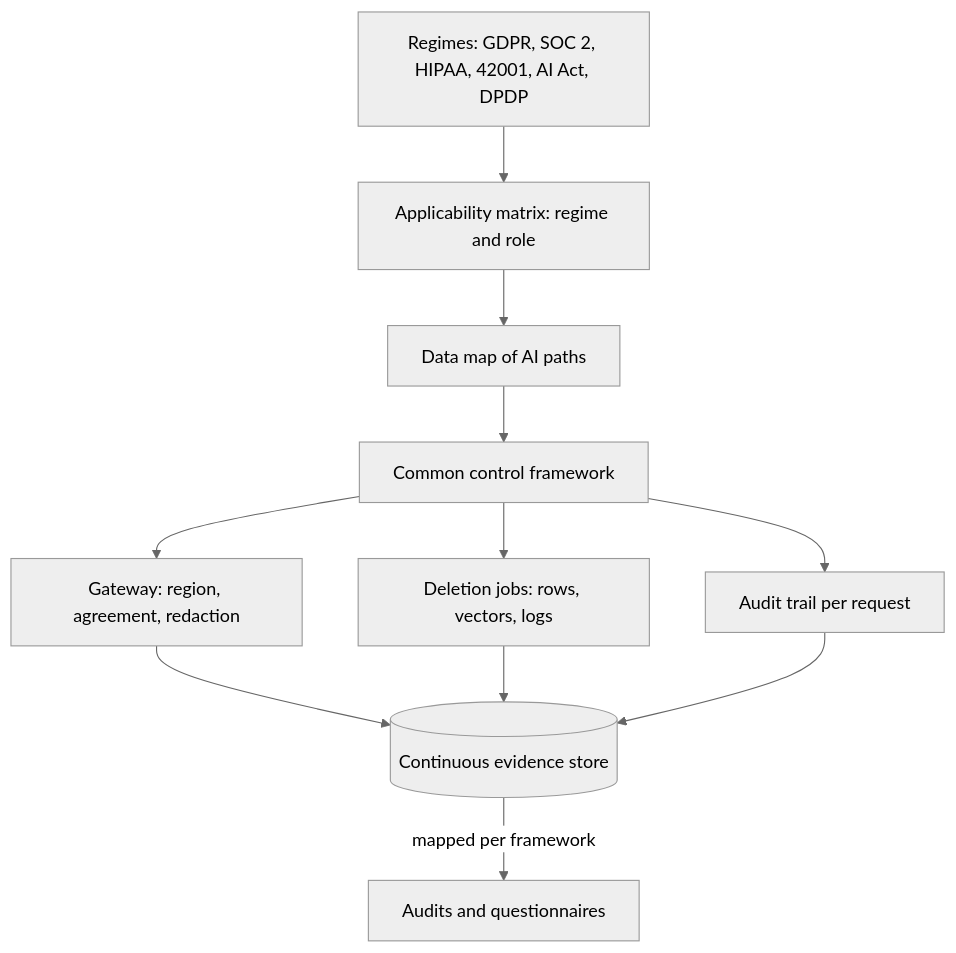
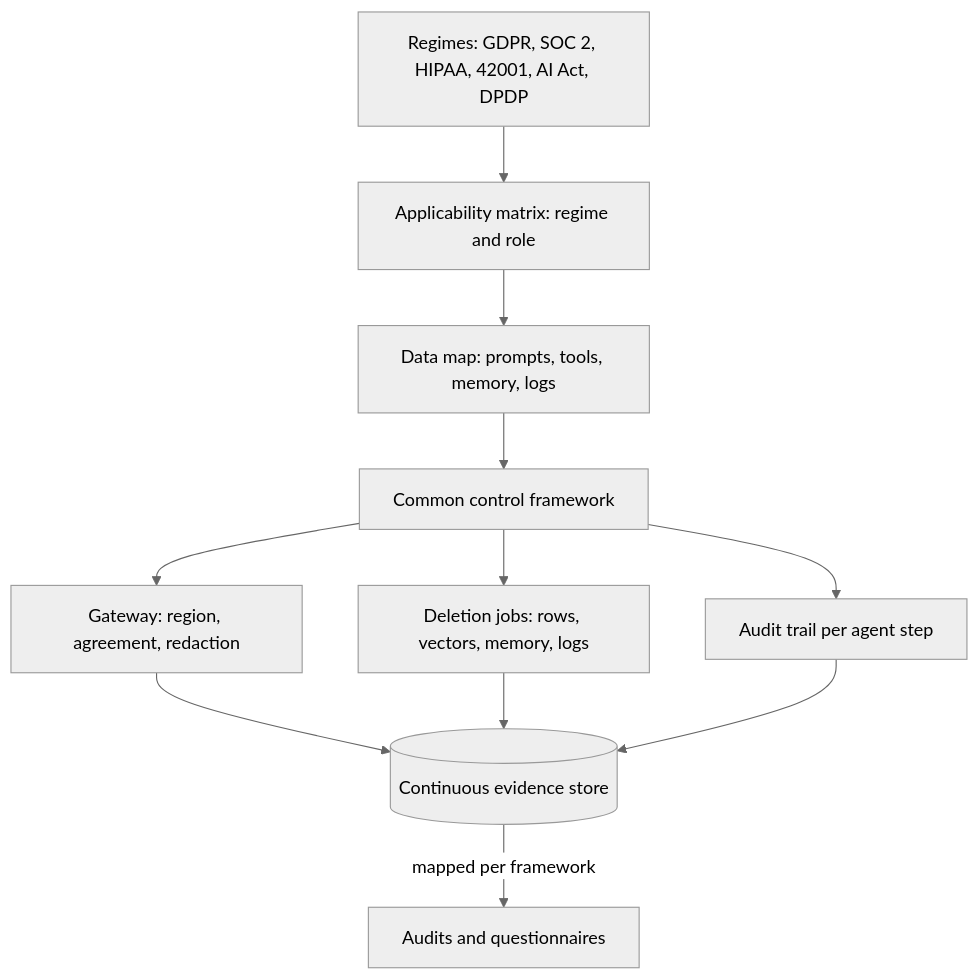
Before and after one commit to lovishmahajan97/agentic-learning: the diagram in content/security-governance-compliance/compliance-architecture.md, drawn with Mermaid (neutral theme). The commit also changed other lines of this file and 454 other files, not shown here.

````diff
--- a/content/security-governance-compliance/compliance-architecture.md
+++ b/content/security-governance-compliance/compliance-architecture.md
@@ -159,13 +177,13 @@
 ```mermaid
 flowchart TD
     R["Regimes: GDPR, SOC 2, HIPAA, 42001, AI Act, DPDP"] --> A["Applicability matrix: regime and role"]
-    A --> D["Data map of AI paths"]
+    A --> D["Data map: prompts, tools, memory, logs"]
     D --> C["Common control framework"]
     C --> G["Gateway: region, agreement, redaction"]
-    C --> X["Deletion jobs: rows, vectors, logs"]
-    C --> L["Audit trail per request"]
+    C --> X["Deletion jobs: rows, vectors, memory, logs"]
+    C --> L["Audit trail per agent step"]
     G --> EV[("Continuous evidence store")]
     X --> EV
     L --> EV
     EV -->|"mapped per framework"| AU["Audits and questionnaires"]
 ```
````
